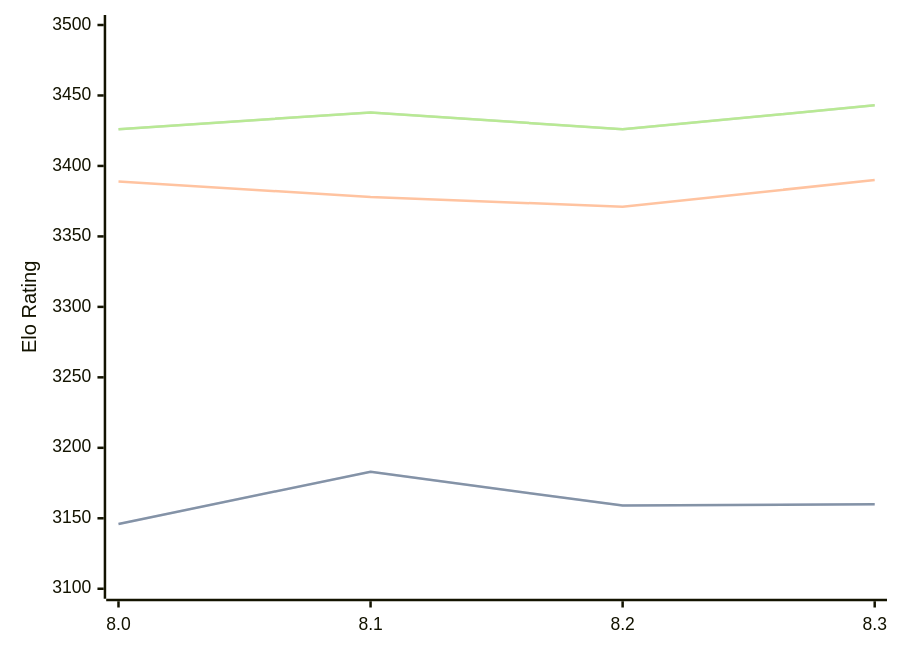
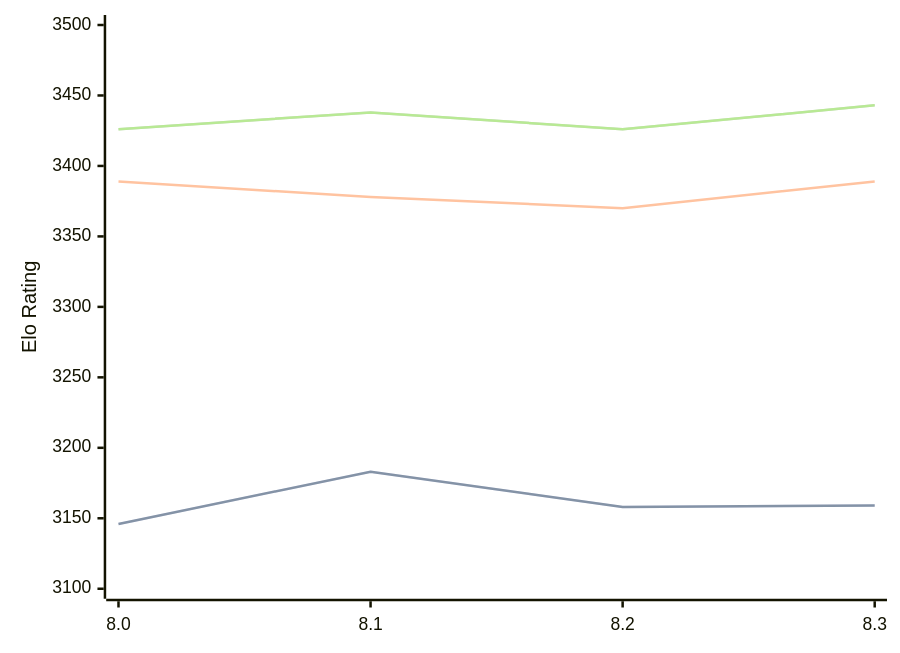
Before and after one commit to computer-chess-index/cci: the diagram in engines/Alexander.md, drawn with Mermaid. The commit also changed other lines of this file, not shown here.

````diff
--- a/engines/Alexander.md
+++ b/engines/Alexander.md
@@ -34,11 +34,11 @@
 ```mermaid
 %%{init: {"theme":"base","themeVariables":{"seriesColors:['#a3a3a3','#222221','#faa371']}}}%%
 xychart-beta
   x-axis ["8.0", "8.1", "8.2", "8.3"]
   y-axis "Elo Rating" 3100 --> 3500
-  line "" [3146, 3183, 3159, 3160]
-  line "STC (8.0+0.08s)" [3146, 3183, 3159, 3160]
-  line "LTC (60.0+0.60s)" [3389, 3378, 3371, 3390]
+  line "" [3146, 3183, 3158, 3159]
+  line "STC (8.0+0.08s)" [3146, 3183, 3158, 3159]
+  line "LTC (60.0+0.60s)" [3389, 3378, 3370, 3389]
   line "" [3426, 3438, 3426, 3443]
   line "VLTC (2m24s+1.12s)" [3426, 3438, 3426, 3443]
 ```
````
